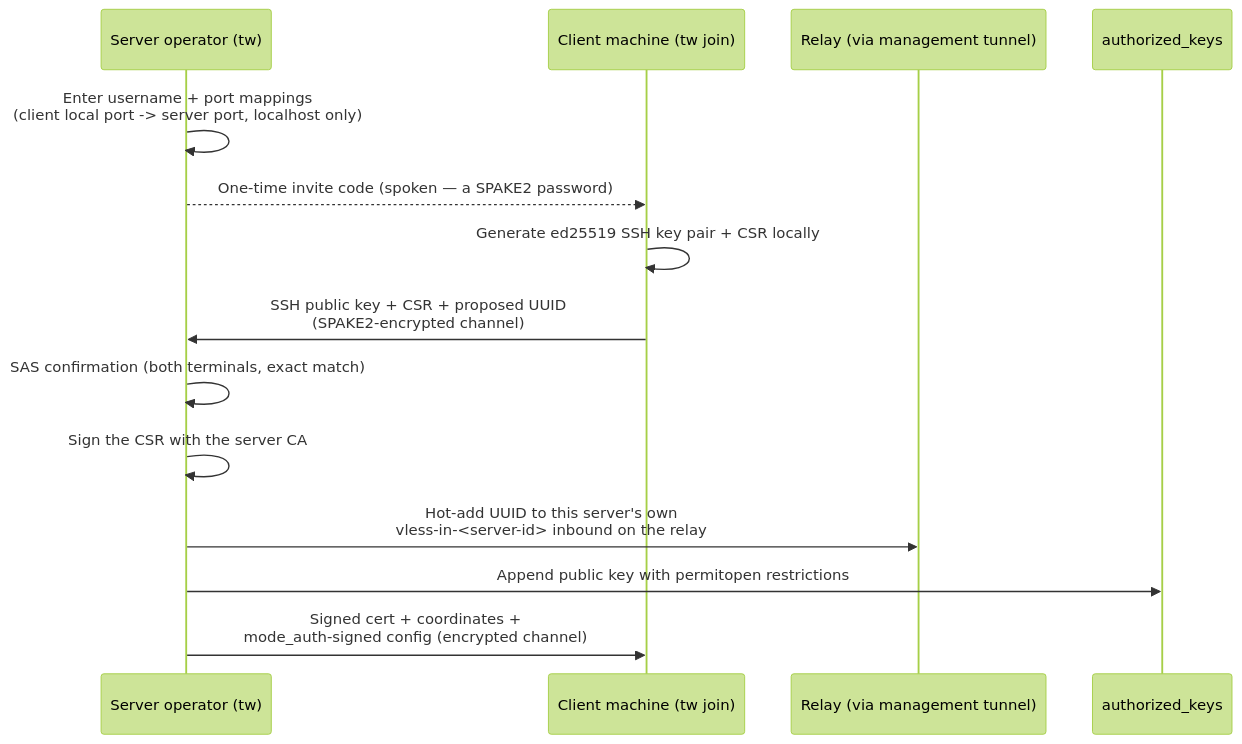
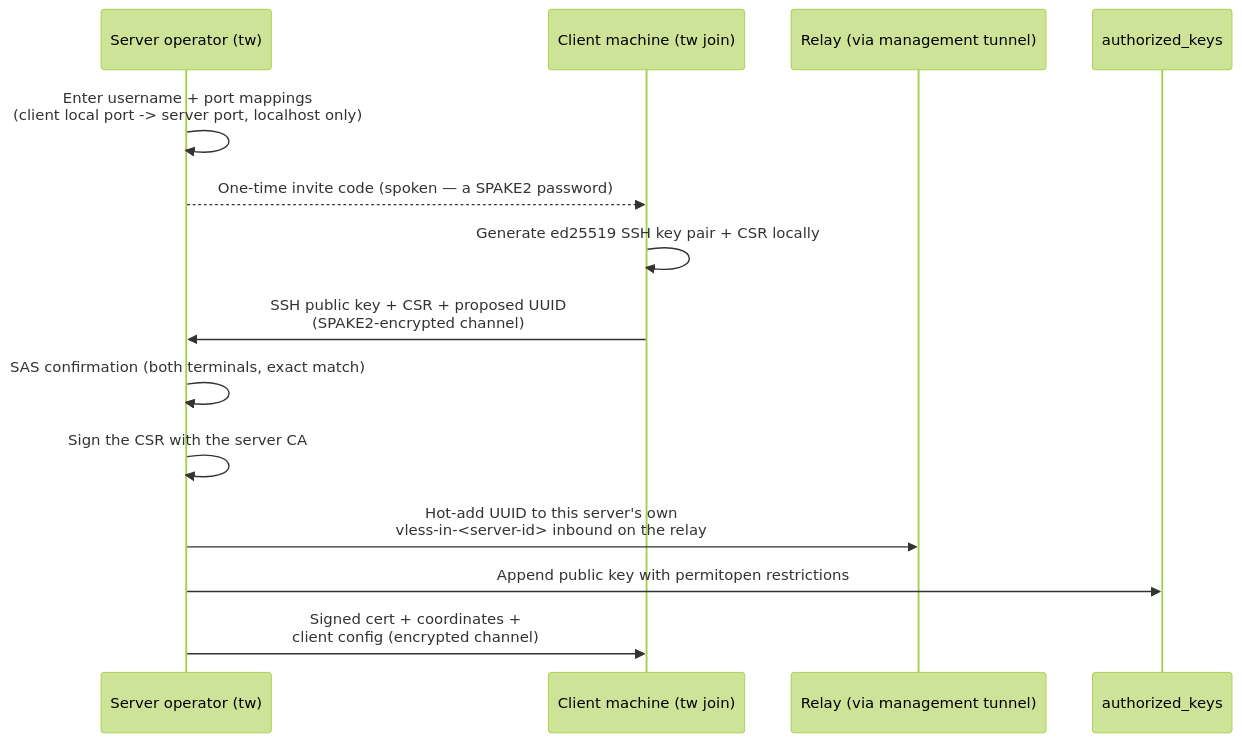
The third of 6 diagrams in docs/architecture/runtime-views.md (Tunnel-Whisperer/Tunnel-Whisperer), drawn with Mermaid (forest theme) before and after one commit. The commit also changed other lines of this file and 42 other files, not shown here.

First line of the commit message:
refactor: remove the mode_auth signature

````diff
--- a/docs/architecture/runtime-views.md
+++ b/docs/architecture/runtime-views.md
@@ -151,17 +151,17 @@
 ```mermaid
 sequenceDiagram
     participant Admin as Server operator (tw)
     participant C as Client machine (tw join)
     participant R as Relay (via management tunnel)
     participant AK as authorized_keys
 
     Admin ->> Admin: Enter username + port mappings<br/>(client local port -> server port, localhost only)
     Admin -->> C: One-time invite code (spoken — a SPAKE2 password)
     C ->> C: Generate ed25519 SSH key pair + CSR locally
     C ->> Admin: SSH public key + CSR + proposed UUID<br/>(SPAKE2-encrypted channel)
     Admin ->> Admin: SAS confirmation (both terminals, exact match)
     Admin ->> Admin: Sign the CSR with the server CA
     Admin ->> R: Hot-add UUID to this server's own<br/>vless-in-#lt;server-id#gt; inbound on the relay
     Admin ->> AK: Append public key with permitopen restrictions
-    Admin ->> C: Signed cert + coordinates +<br/>mode_auth-signed config (encrypted channel)
+    Admin ->> C: Signed cert + coordinates +<br/>client config (encrypted channel)
 ```
````
